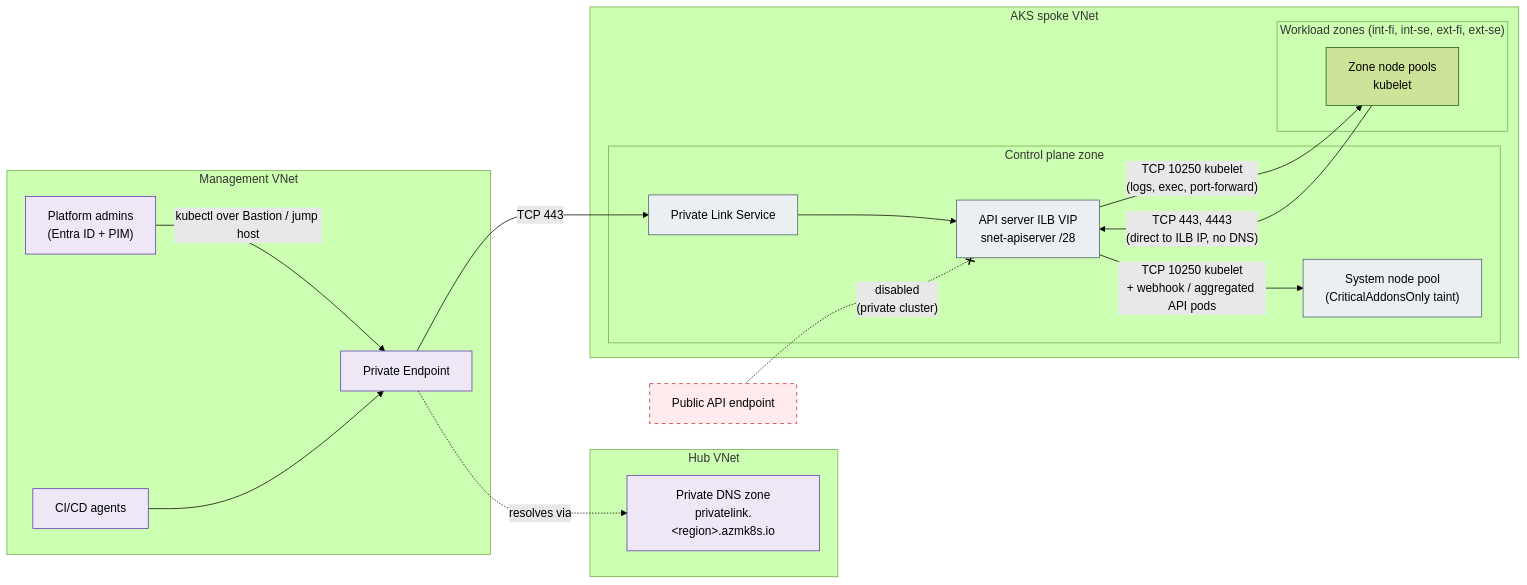
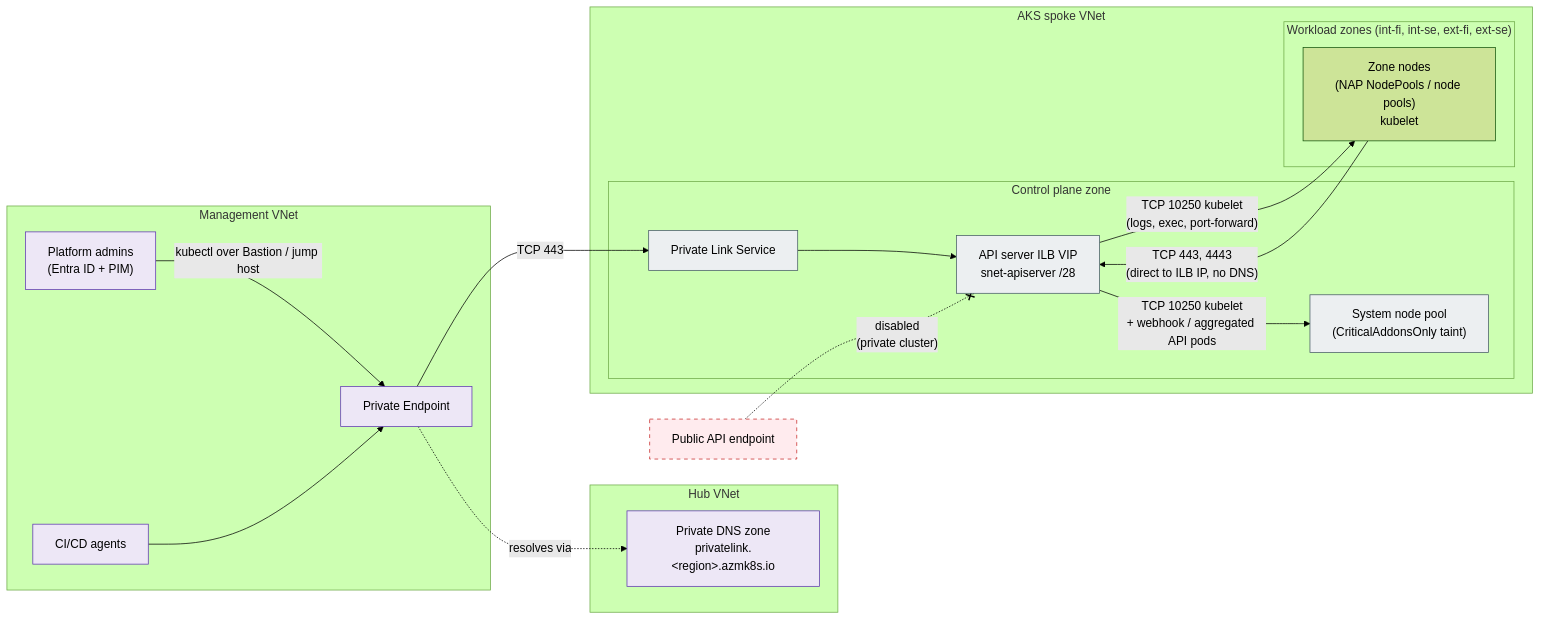
Before and after one commit to olljanat-ai/aks-design: the diagram in diagrams/03-control-plane.mmd, drawn with Mermaid (forest theme). The commit also changed 12 other files, not shown here.

First line of the commit message:
Use node auto provisioning in stateless clusters, fixed node pools in stateful

```diff
--- a/diagrams/03-control-plane.mmd
+++ b/diagrams/03-control-plane.mmd
@@ -1,39 +1,39 @@
 %% Control plane access: private API server in a dedicated delegated subnet, reachable only via Private Link from management network
 flowchart LR
     subgraph MGMT["Management VNet"]
         admins["Platform admins<br/>(Entra ID + PIM)"]
         ci["CI/CD agents"]
         pe["Private Endpoint"]
     end
 
     subgraph HUB["Hub VNet"]
         dns["Private DNS zone<br/>privatelink.&lt;region&gt;.azmk8s.io"]
     end
 
     subgraph SPOKE["AKS spoke VNet"]
         subgraph CP["Control plane zone"]
             pls["Private Link Service"]
             ilb["API server ILB VIP<br/>snet-apiserver /28"]
             sys["System node pool<br/>(CriticalAddonsOnly taint)"]
         end
         subgraph WL["Workload zones (int-fi, int-se, ext-fi, ext-se)"]
-            nodes["Zone node pools<br/>kubelet"]
+            nodes["Zone nodes<br/>(NAP NodePools / node pools)<br/>kubelet"]
         end
     end
 
     admins -->|"kubectl over Bastion / jump host"| pe
     ci --> pe
     pe -.->|"resolves via"| dns
     pe -->|"TCP 443"| pls --> ilb
     nodes -->|"TCP 443, 4443<br/>(direct to ILB IP, no DNS)"| ilb
     ilb -->|"TCP 10250 kubelet<br/>+ webhook / aggregated API pods"| sys
     ilb -->|"TCP 10250 kubelet<br/>(logs, exec, port-forward)"| nodes
 
     pub["Public API endpoint"]:::off
     pub -.-x|"disabled<br/>(private cluster)"| ilb
 
     classDef off fill:#ffebee,stroke:#c62828,color:#000,stroke-dasharray: 5 5
     classDef cp fill:#eceff1,stroke:#455a64,color:#000
     classDef hub fill:#ede7f6,stroke:#5e35b1,color:#000
     class pls,ilb,sys cp
     class admins,ci,pe,dns hub
```
